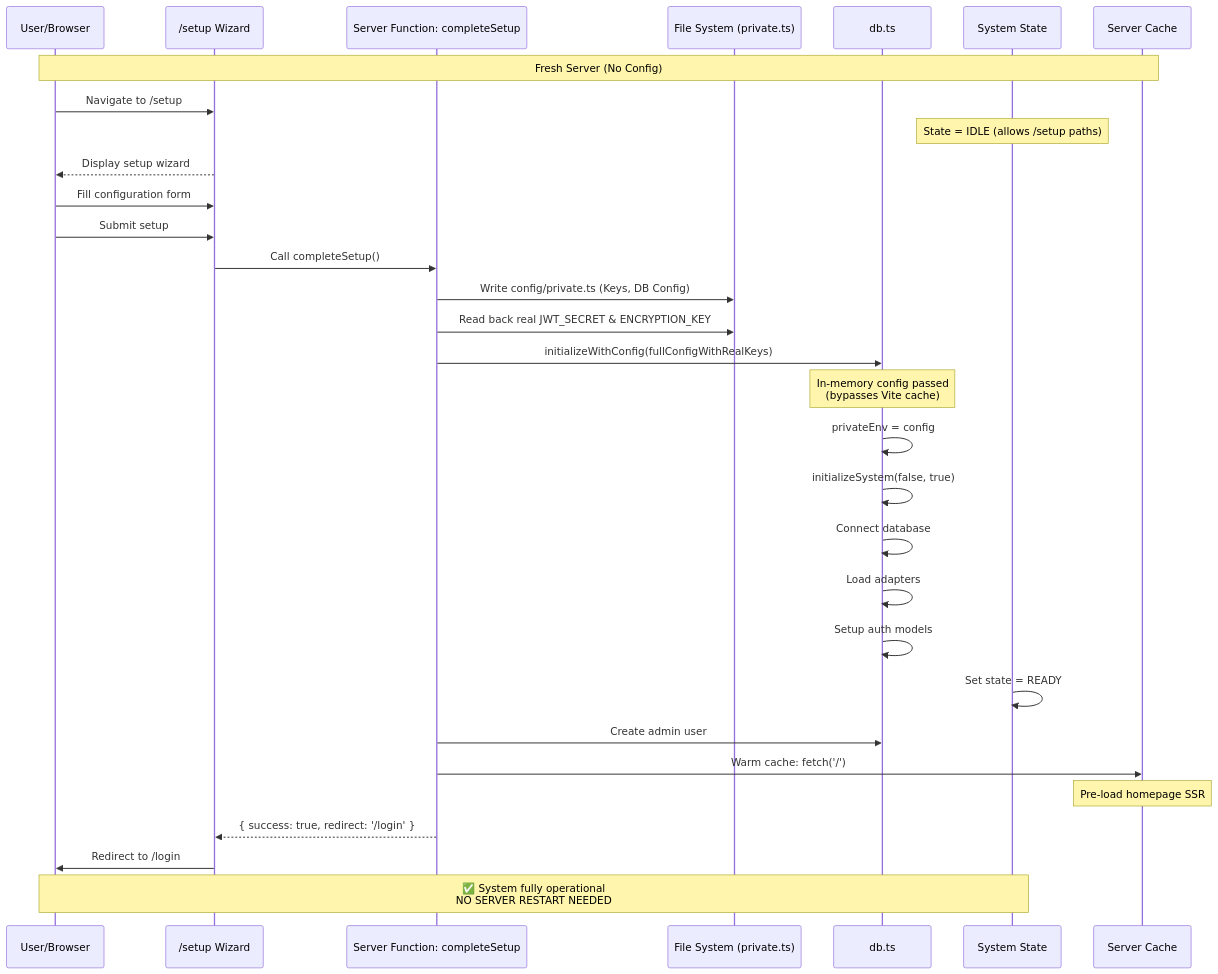
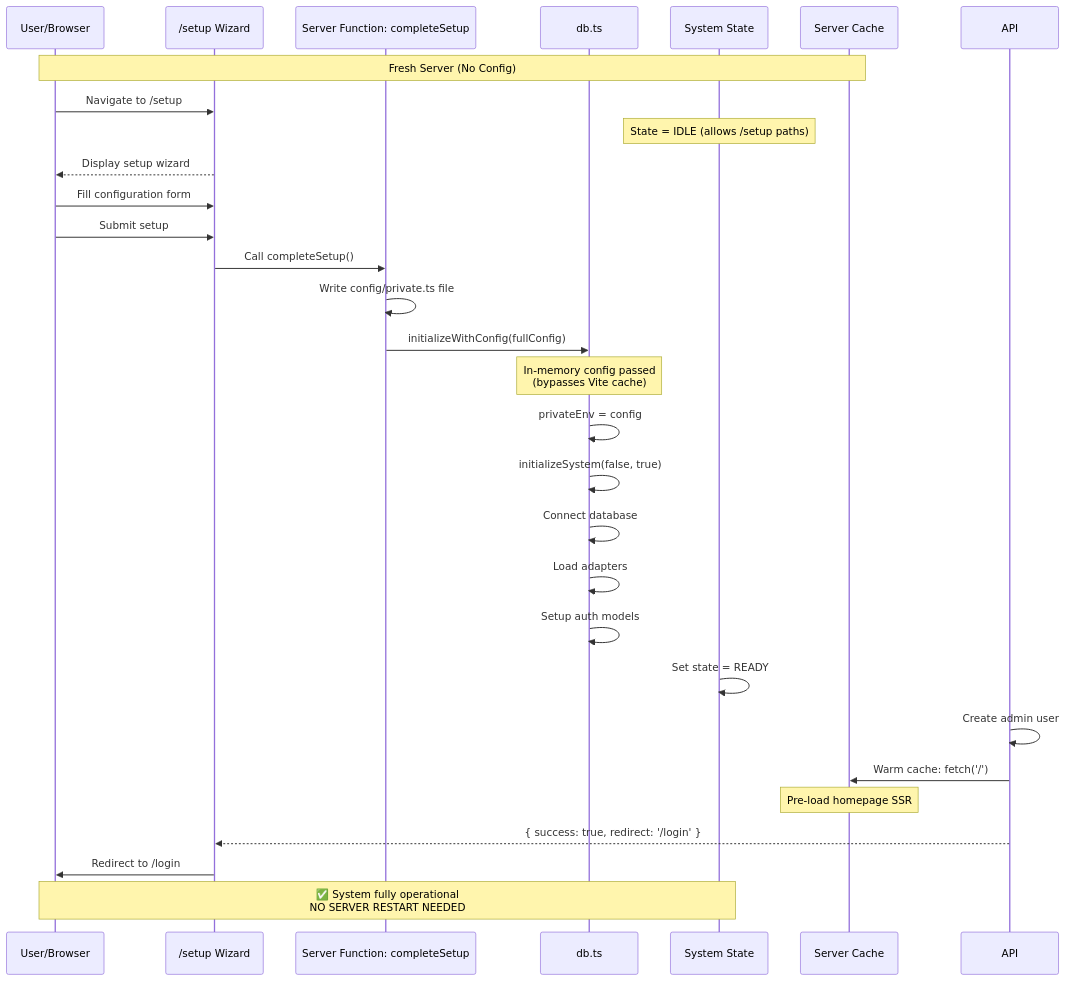
One commit to SveltyCMS/SveltyCMS changed the second of 2 diagrams in docs/architecture/server-hooks.mdx. Above: the diagram before and after it, drawn with Mermaid. The commit also changed other lines of this file and 1049 other files, not shown here.

````diff
--- a/docs/architecture/server-hooks.mdx
+++ b/docs/architecture/server-hooks.mdx
@@ -160,42 +153,39 @@
 ```mermaid
 sequenceDiagram
     participant User as User/Browser
     participant Setup as /setup Wizard
     participant SF as Server Function: completeSetup
-    participant FS as File System (private.ts)
     participant DB as db.ts
     participant State as System State
     participant Cache as Server Cache
 
     Note over User,Cache: Fresh Server (No Config)
 
     User->>Setup: Navigate to /setup
     Note over State: State = IDLE (allows /setup paths)
     Setup-->>User: Display setup wizard
 
     User->>Setup: Fill configuration form
     User->>Setup: Submit setup
 
     Setup->>SF: Call completeSetup()
-    SF->>FS: Write config/private.ts (Keys, DB Config)
-    SF->>FS: Read back real JWT_SECRET & ENCRYPTION_KEY
-
-    SF->>DB: initializeWithConfig(fullConfigWithRealKeys)
+    SF->>SF: Write config/private.ts file
+    SF->>DB: initializeWithConfig(fullConfig)
     Note over DB: In-memory config passed<br/>(bypasses Vite cache)
 
     DB->>DB: privateEnv = config
     DB->>DB: initializeSystem(false, true)
     DB->>DB: Connect database
     DB->>DB: Load adapters
     DB->>DB: Setup auth models
     State->>State: Set state = READY
 
-    SF->>DB: Create admin user
-    SF->>Cache: Warm cache: fetch('/')
+    API->>API: Create admin user
+    API->>Cache: Warm cache: fetch('/')
     Note over Cache: Pre-load homepage SSR
 
-    SF-->>Setup: { success: true, redirect: '/login' }
+    API-->>Setup: { success: true, redirect: '/login' }
     Setup->>User: Redirect to /login
 
     Note over User,State: ✅ System fully operational<br/>NO SERVER RESTART NEEDED
 ```
````
